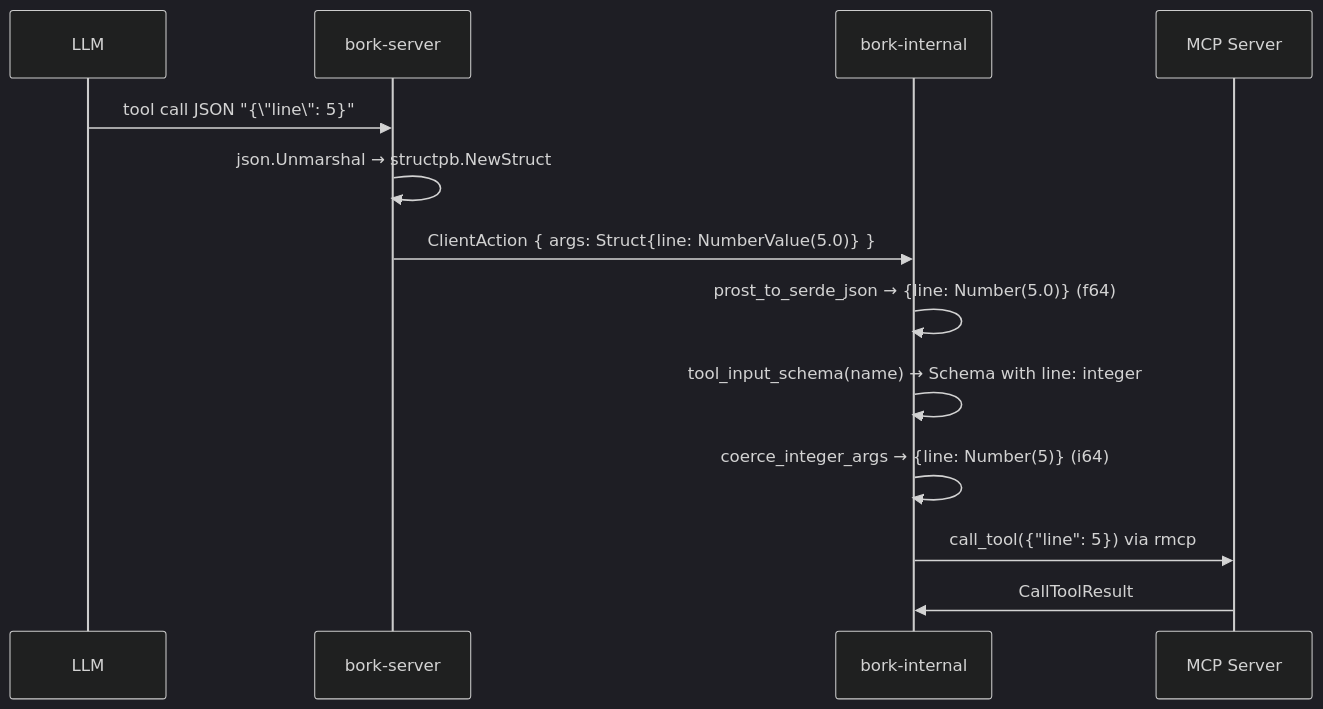
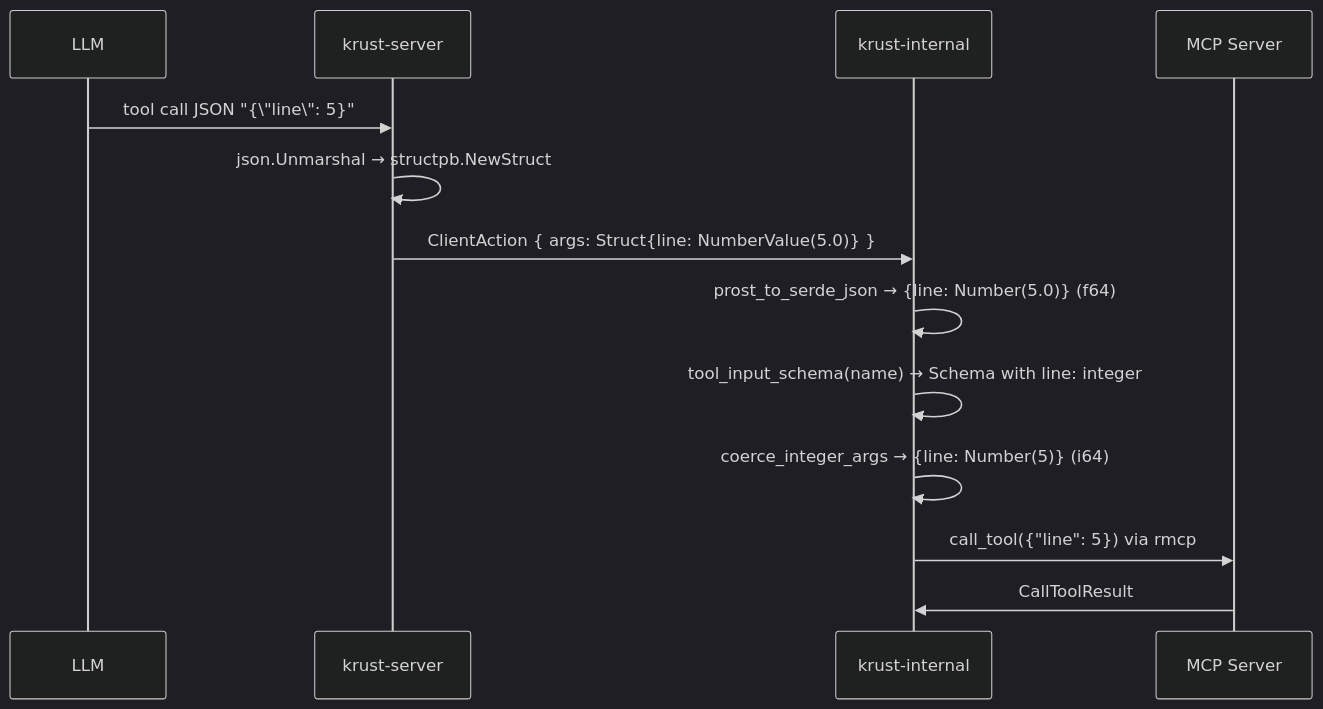
The diagram in specs/APP-4105/TECH.md (antikrust/krust-terminal), drawn with Mermaid (dark theme) before and after one commit. The commit also changed other lines of this file and 4480 other files, not shown here.

First line of the commit message:
Rebrand Bork -> Krust

````diff
--- a/specs/APP-4105/TECH.md
+++ b/specs/APP-4105/TECH.md
@@ -176,16 +176,16 @@
 ```mermaid
 sequenceDiagram
     participant LLM
-    participant Server as bork-server
-    participant Client as bork-internal
+    participant Server as krust-server
+    participant Client as krust-internal
     participant MCP as MCP Server
 
     LLM->>Server: tool call JSON "{\"line\": 5}"
     Server->>Server: json.Unmarshal → structpb.NewStruct
     Server->>Client: ClientAction { args: Struct{line: NumberValue(5.0)} }
     Client->>Client: prost_to_serde_json → {line: Number(5.0)} (f64)
     Client->>Client: tool_input_schema(name) → Schema with line: integer
     Client->>Client: coerce_integer_args → {line: Number(5)} (i64)
     Client->>MCP: call_tool({"line": 5}) via rmcp
     MCP->>Client: CallToolResult
 ```
````
